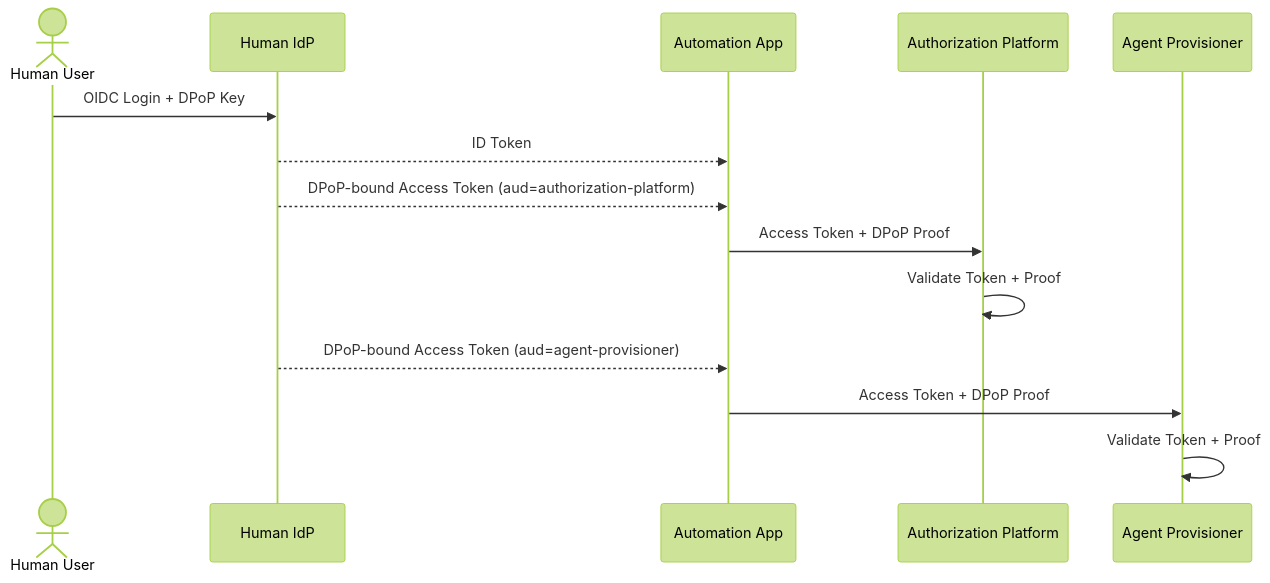
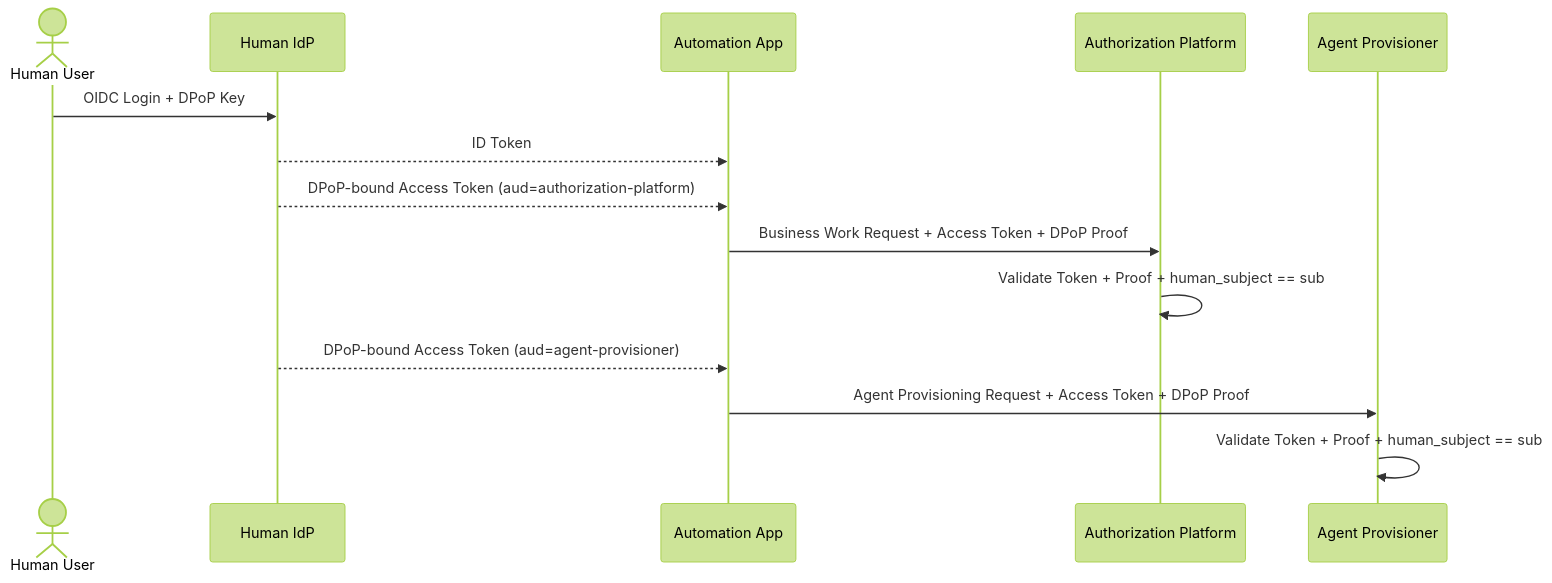
Before and after one commit to maronnjapan/agent-xaa-platform: the first of 3 diagrams in docs/05-identity.md, drawn with Mermaid (forest theme). The commit also changed other lines of this file and 6 other files, not shown here.

````diff
--- a/docs/05-identity.md
+++ b/docs/05-identity.md
@@ -43,17 +65,17 @@
 ```mermaid
 sequenceDiagram
     actor U as Human User
     participant HIDP as Human IdP
     participant APP as Automation App
     participant AUTHZ as Authorization Platform
     participant PROV as Agent Provisioner
 
     U->>HIDP: OIDC Login + DPoP Key
     HIDP-->>APP: ID Token
     HIDP-->>APP: DPoP-bound Access Token (aud=authorization-platform)
-    APP->>AUTHZ: Access Token + DPoP Proof
-    AUTHZ->>AUTHZ: Validate Token + Proof
+    APP->>AUTHZ: Business Work Request + Access Token + DPoP Proof
+    AUTHZ->>AUTHZ: Validate Token + Proof + human_subject == sub
     HIDP-->>APP: DPoP-bound Access Token (aud=agent-provisioner)
-    APP->>PROV: Access Token + DPoP Proof
-    PROV->>PROV: Validate Token + Proof
+    APP->>PROV: Agent Provisioning Request + Access Token + DPoP Proof
+    PROV->>PROV: Validate Token + Proof + human_subject == sub
 ```
````
